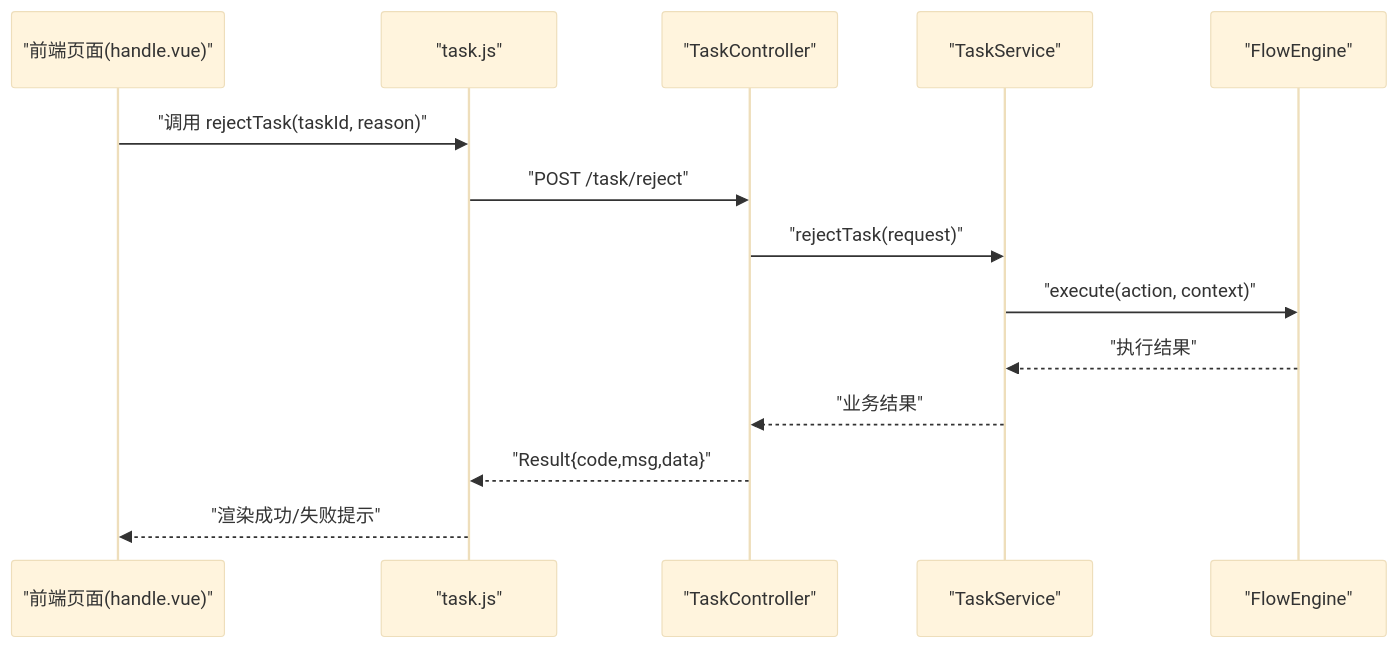
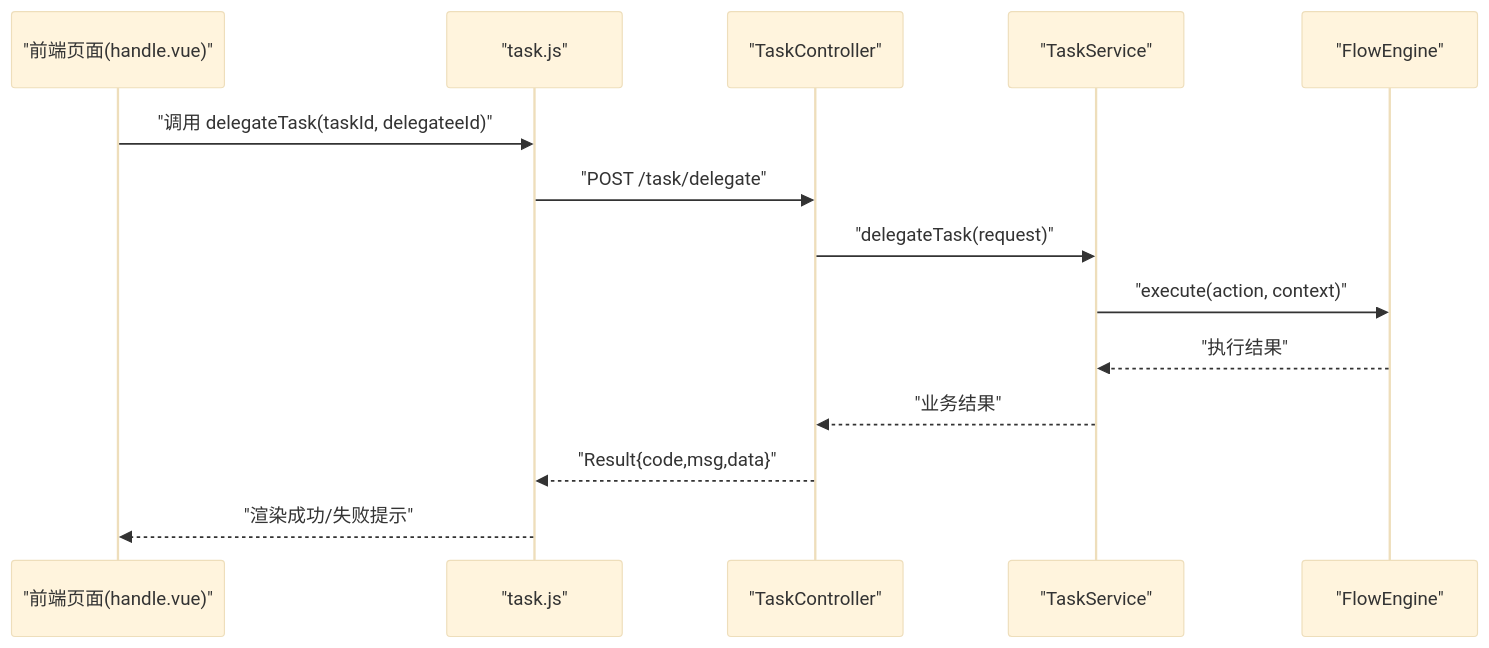
The ninth of 11 diagrams in .qoder/repowiki/zh/content/任务管理/任务操作处理/任务操作处理.md (liming-lihaini/workflow), drawn with Mermaid (base theme) before and after one commit. The commit also changed other lines of this file and 27 other files, not shown here.

````diff
--- a/.qoder/repowiki/zh/content/任务管理/任务操作处理/任务操作处理.md
+++ b/.qoder/repowiki/zh/content/任务管理/任务操作处理/任务操作处理.md
@@ -528,16 +521,16 @@
 ```mermaid
 sequenceDiagram
 participant UI as "前端页面(handle.vue)"
 participant Api as "task.js"
 participant Ctrl as "TaskController"
 participant Svc as "TaskService"
 participant Eng as "FlowEngine"
-UI->>Api : "调用 rejectTask(taskId, reason)"
-Api->>Ctrl : "POST /task/reject"
-Ctrl->>Svc : "rejectTask(request)"
+UI->>Api : "调用 delegateTask(taskId, delegateeId)"
+Api->>Ctrl : "POST /task/delegate"
+Ctrl->>Svc : "delegateTask(request)"
 Svc->>Eng : "execute(action, context)"
 Eng-->>Svc : "执行结果"
 Svc-->>Ctrl : "业务结果"
 Ctrl-->>Api : "Result{code,msg,data}"
 Api-->>UI : "渲染成功/失败提示"
 ```
````
